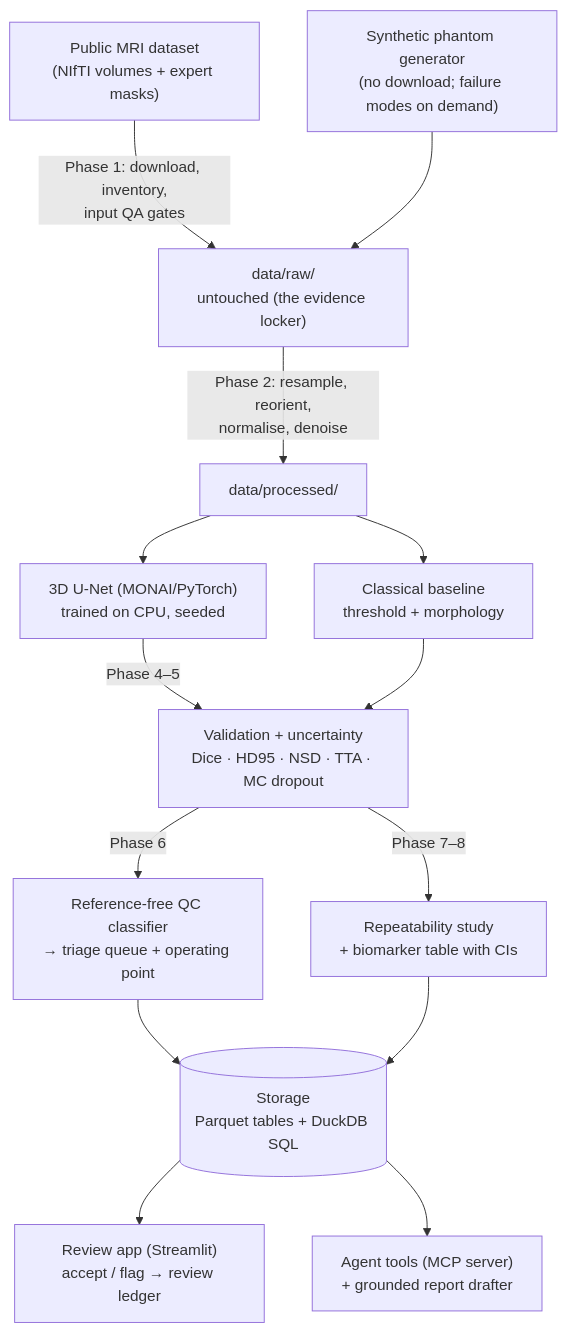
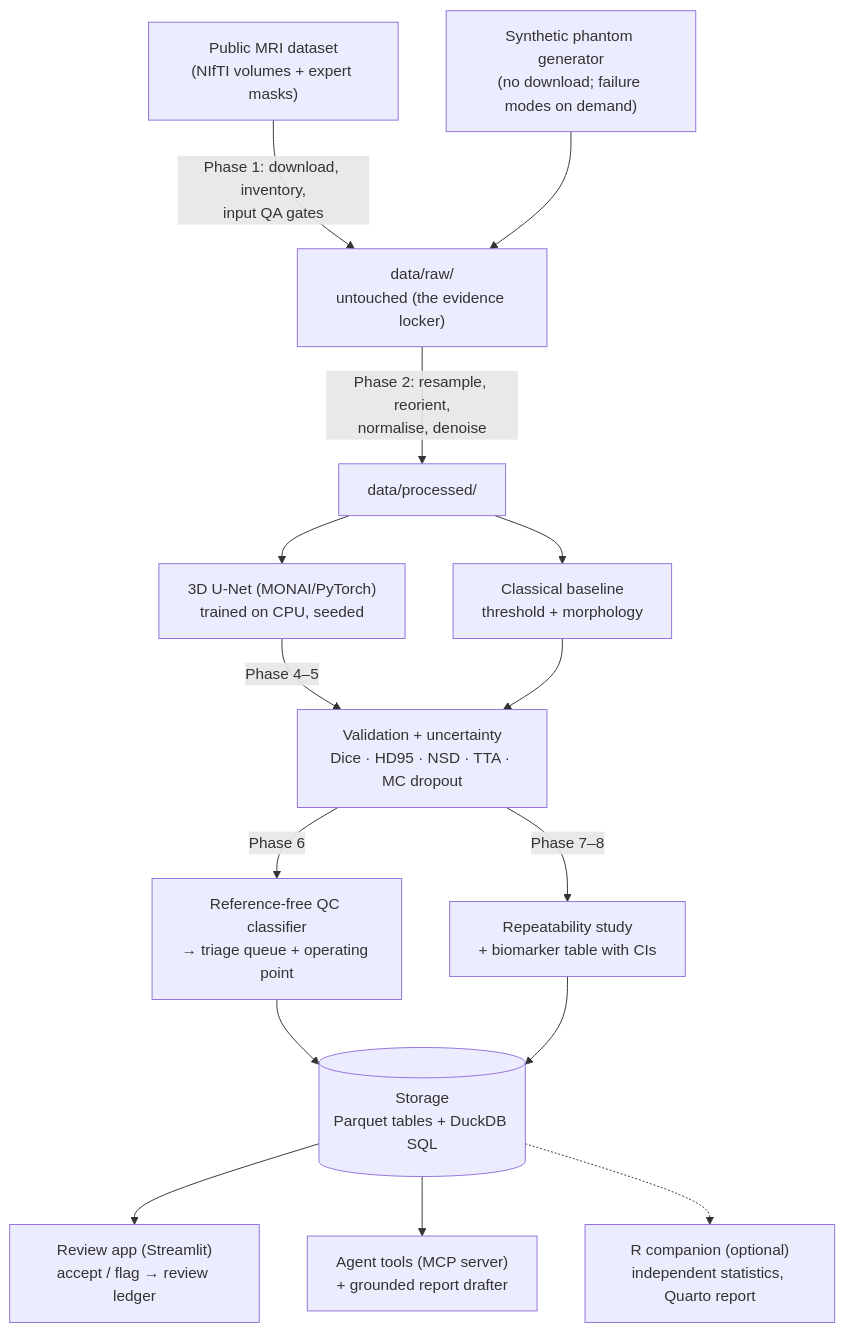
The diagram in README.md (akannan2987/segaudit), drawn with Mermaid before and after one commit. The commit also changed other lines of this file and 4 other files, not shown here.

Commit message:
phase 0: architecture, git workflow and phase 0 tutorial

````diff
--- a/README.md
+++ b/README.md
@@ -117,16 +117,17 @@
 ```mermaid
 flowchart TD
     A["Public MRI dataset<br/>(NIfTI volumes + expert masks)"] -->|Phase 1: download, inventory,<br/>input QA gates| B["data/raw/<br/>untouched (the evidence locker)"]
     S["Synthetic phantom generator<br/>(no download; failure modes on demand)"] --> B
     B -->|Phase 2: resample, reorient,<br/>normalise, denoise| C["data/processed/"]
     C --> D["Classical baseline<br/>threshold + morphology"]
     C --> E["3D U-Net (MONAI/PyTorch)<br/>trained on CPU, seeded"]
     E -->|Phase 4–5| F["Validation + uncertainty<br/>Dice · HD95 · NSD · TTA · MC dropout"]
     D --> F
     F -->|Phase 6| G["Reference-free QC classifier<br/>→ triage queue + operating point"]
     F -->|Phase 7–8| H["Repeatability study<br/>+ biomarker table with CIs"]
     G --> ST[("Storage<br/>Parquet tables + DuckDB SQL")]
     H --> ST
     ST --> I["Review app (Streamlit)<br/>accept / flag → review ledger"]
     ST --> J["Agent tools (MCP server)<br/>+ grounded report drafter"]
+    ST -.-> R["R companion (optional)<br/>independent statistics, Quarto report"]
 ```
````
